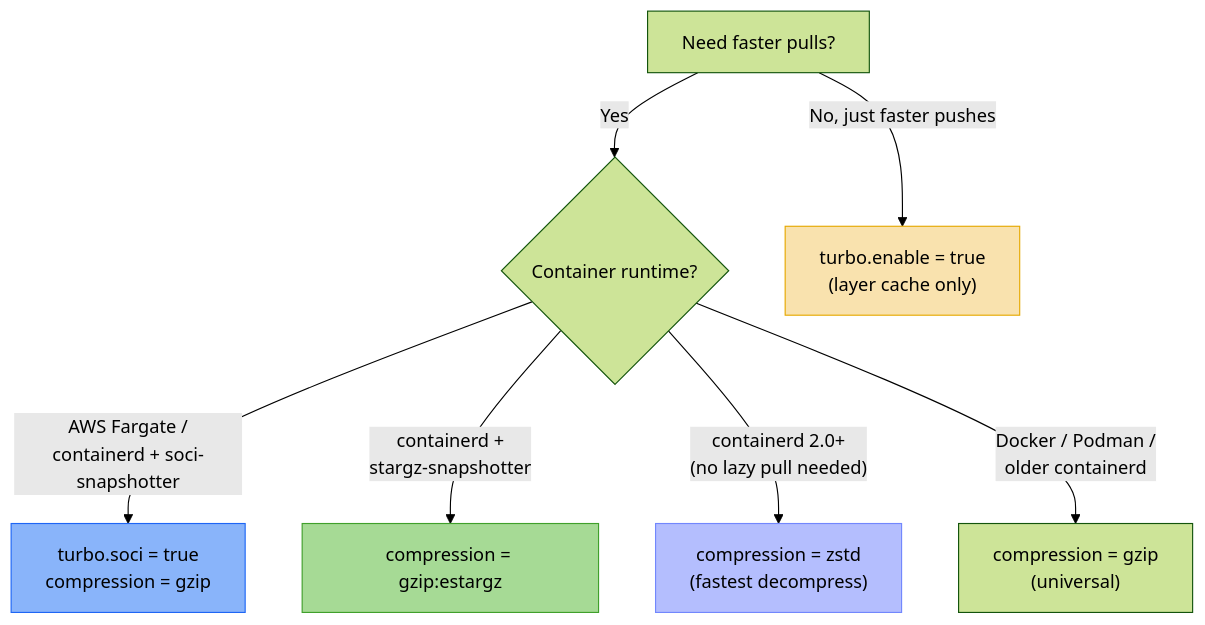
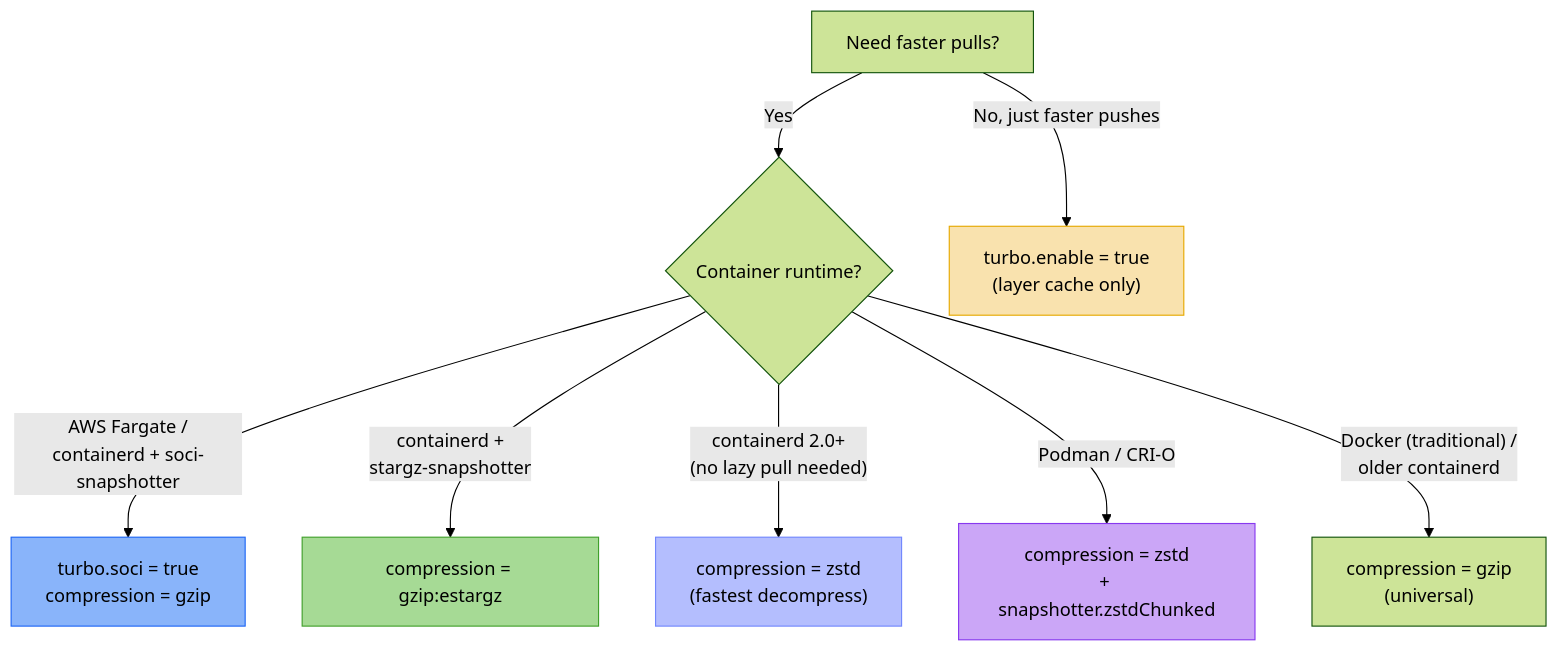
One commit to Dauliac/nix-oci changed the third of 3 diagrams in docs/content/explanation/turbo-push-backend.md. Above: the diagram before and after it, drawn with Mermaid (forest theme). The commit also changed other lines of this file and 38 other files, not shown here.

````diff
--- a/docs/content/explanation/turbo-push-backend.md
+++ b/docs/content/explanation/turbo-push-backend.md
@@ -345,16 +456,18 @@
 ```mermaid
 flowchart TD
     START["Need faster pulls?"]
     START -->|"Yes"| RUNTIME{"Container runtime?"}
     START -->|"No, just faster pushes"| CACHE["turbo.enable = true<br/>(layer cache only)"]
 
     RUNTIME -->|"AWS Fargate /<br/>containerd + soci-snapshotter"| SOCI["turbo.soci = true<br/>compression = gzip"]
     RUNTIME -->|"containerd +<br/>stargz-snapshotter"| ESTARGZ["compression = gzip:estargz"]
     RUNTIME -->|"containerd 2.0+<br/>(no lazy pull needed)"| ZSTD["compression = zstd<br/>(fastest decompress)"]
-    RUNTIME -->|"Docker / Podman /<br/>older containerd"| GZIP["compression = gzip<br/>(universal)"]
+    RUNTIME -->|"Podman / CRI-O"| ZSTDCHUNKED["compression = zstd<br/>+ snapshotter.zstdChunked"]
+    RUNTIME -->|"Docker (traditional) /<br/>older containerd"| GZIP["compression = gzip<br/>(universal)"]
 
     style SOCI fill:#89b4fa,stroke:#1e66f5,color:#000
     style ESTARGZ fill:#a6da95,stroke:#40a02b,color:#000
     style ZSTD fill:#b4befe,stroke:#7287fd,color:#000
+    style ZSTDCHUNKED fill:#cba6f7,stroke:#8839ef,color:#000
     style CACHE fill:#f9e2ae,stroke:#e6a800,color:#000
 ```
````
